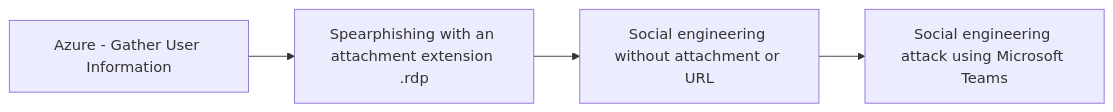
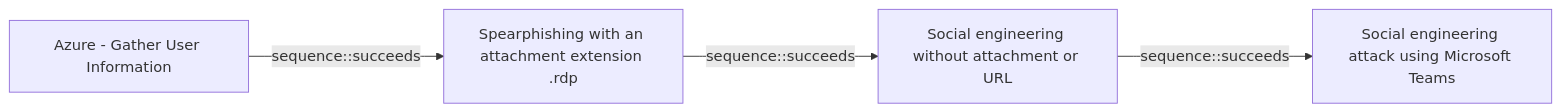
Before and after one commit to opentidehq/library: the diagram in docs/threats/azure-gather-user-information.md, drawn with Mermaid. The commit also changed other lines of this file and 277 other files, not shown here.

````diff
--- a/docs/threats/azure-gather-user-information.md
+++ b/docs/threats/azure-gather-user-information.md
@@ -68,10 +107,10 @@
 ```mermaid
 flowchart LR
 2900d389_3098_49d3_8166_5b2612d03576["Azure - Gather User Information"]
 58b98d75_fc63_4662_8908_a2a7f4200902["Spearphishing with an attachment extension .rdp"]
 0cdaee96_8595_4f3f_ba07_758b8be9d359["Social engineering without attachment or URL"]
 06c60af1_5fa8_493c_bf9b_6b2e215819f1["Social engineering attack using Microsoft Teams"]
-2900d389_3098_49d3_8166_5b2612d03576 --> 58b98d75_fc63_4662_8908_a2a7f4200902
-58b98d75_fc63_4662_8908_a2a7f4200902 --> 0cdaee96_8595_4f3f_ba07_758b8be9d359
-0cdaee96_8595_4f3f_ba07_758b8be9d359 --> 06c60af1_5fa8_493c_bf9b_6b2e215819f1
+2900d389_3098_49d3_8166_5b2612d03576 -->|sequence::succeeds| 58b98d75_fc63_4662_8908_a2a7f4200902
+58b98d75_fc63_4662_8908_a2a7f4200902 -->|sequence::succeeds| 0cdaee96_8595_4f3f_ba07_758b8be9d359
+0cdaee96_8595_4f3f_ba07_758b8be9d359 -->|sequence::succeeds| 06c60af1_5fa8_493c_bf9b_6b2e215819f1
 ```
````
